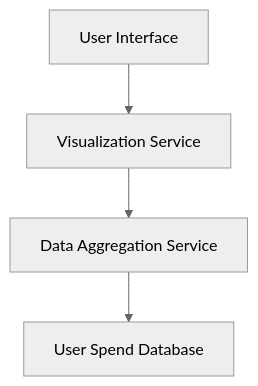
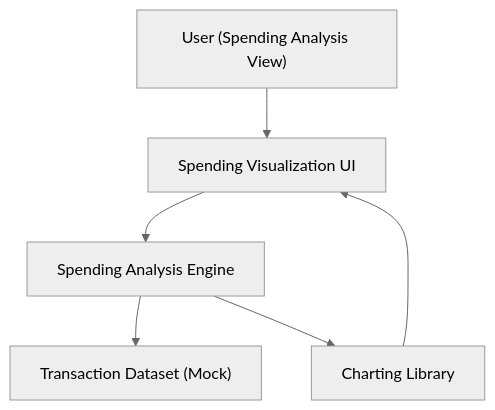
The diagram in HLD/QE-5613_HLD.md (Davamani-git/APB_Demo), drawn with Mermaid (neutral theme) before and after one commit. The commit also changed other lines of this file and 5 other files, not shown here.

````diff
--- a/HLD/QE-5613_HLD.md
+++ b/HLD/QE-5613_HLD.md
@@ -4,10 +5,14 @@
 ```mermaid
 flowchart TD
-    A["User Interface"]
-    B["Visualization Service"]
-    C["Data Aggregation Service"]
-    D["User Spend Database"]
+    U["User (Spending Analysis View)"]
+    A["Spending Visualization UI"]
+    B["Spending Analysis Engine"]
+    C["Transaction Dataset (Mock)"]
+    D["Charting Library"]
+
+    U --> A
     A --> B
     B --> C
-    C --> D
+    B --> D
+    D --> A
 ```
````
